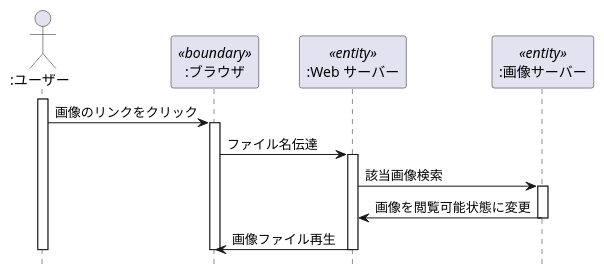
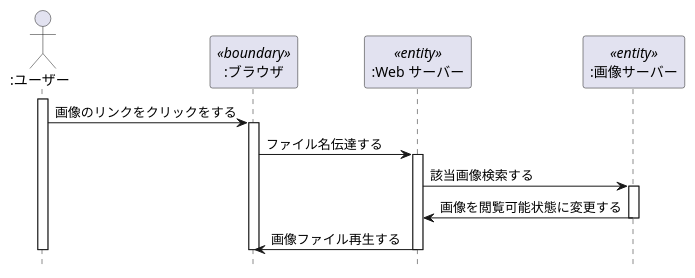
Before and after one commit to youryota/uml-introduction: the diagram in 演習4-6_SD_Web画像検索.pu, drawn with PlantUML.

Commit message:
編集

```diff
--- a/演習4-6_SD_Web画像検索.pu
+++ b/演習4-6_SD_Web画像検索.pu
@@ -1,20 +1,20 @@
 @startuml
 hide footbox
 Actor ":ユーザー" as a1
 participant ":ブラウザ" as a2 <<boundary>>
 participant ":Web サーバー" as a3 <<entity>>
 participant ":画像サーバー" as a4 <<entity>>
 activate a1
-a1->a2:画像のリンクをクリック
+a1->a2:画像のリンクをクリックをする
 activate a2
-a2->a3:ファイル名伝達
+a2->a3:ファイル名伝達する
 activate a3
-a3->a4:該当画像検索
+a3->a4:該当画像検索する
 activate a4
-a4->a3:画像を閲覧可能状態に変更
+a4->a3:画像を閲覧可能状態に変更する
 deactivate a4
-a3->a2:画像ファイル再生
+a3->a2:画像ファイル再生する
 deactivate a3
 deactivate a2
 deactivate a1
 @enduml
```
